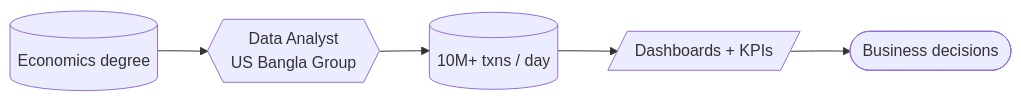
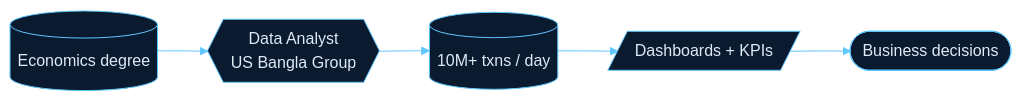
One commit to Atikul-Dipto/Atikul-Dipto changed the diagram in README.md. Above: the diagram before and after it, drawn with Mermaid. The commit also changed other lines of this file, not shown here.

````diff
--- a/README.md
+++ b/README.md
@@ -21,7 +21,17 @@
 ```mermaid
+%%{init: {'theme':'base', 'themeVariables': {
+  'background':'#020d1b',
+  'primaryColor':'#0a1a2f',
+  'primaryTextColor':'#dfeaf5',
+  'primaryBorderColor':'#5ec7ff',
+  'lineColor':'#5ec7ff',
+  'secondaryColor':'#04142a',
+  'tertiaryColor':'#04142a',
+  'fontFamily':'Consolas, monospace'
+}}}%%
 flowchart LR
     A[("Economics degree")] --> B{{"Data Analyst\nUS Bangla Group"}}
     B --> C[("10M+ txns / day")]
     C --> D[/"Dashboards + KPIs"/]
     D --> E(["Business decisions"])
 ```
````
